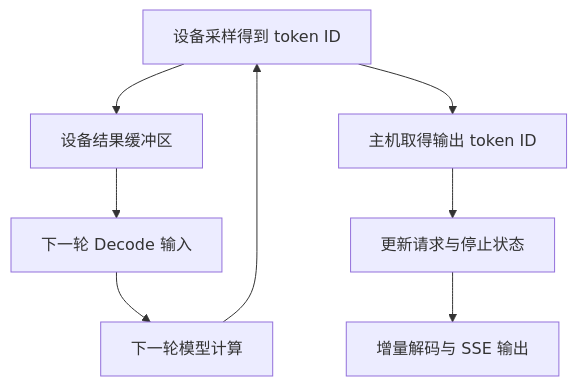
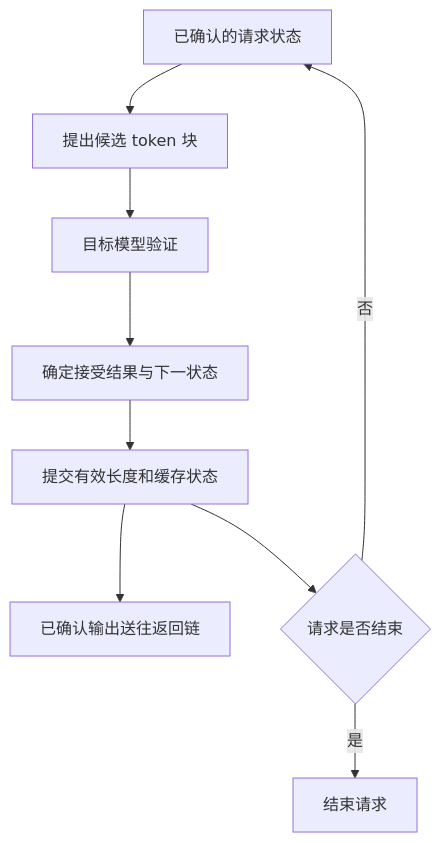
The ninth of 9 diagrams in docs/sglang/sglang-ascend-request-lifecycle.md (AkiYangDev/llm-inference-notes), drawn with Mermaid before and after one commit. The commit also changed other lines of this file and 10 other files, not shown here.

````diff
--- a/docs/sglang/sglang-ascend-request-lifecycle.md
+++ b/docs/sglang/sglang-ascend-request-lifecycle.md
@@ -326,10 +335,11 @@
 ```mermaid
 flowchart TD
-    S[设备采样得到 token ID] --> R[设备结果缓冲区]
-    R --> N[下一轮 Decode 输入]
-    S --> H[主机取得输出 token ID]
-    H --> U[更新请求与停止状态]
-    U --> D[增量解码与 SSE 输出]
-    N --> F[下一轮模型计算]
-    F --> S
+    S[已确认的请求状态] --> D[提出候选 token 块]
+    D --> V[目标模型验证]
+    V --> A[确定接受结果与下一状态]
+    A --> U[提交有效长度和缓存状态]
+    U --> O[已确认输出送往返回链]
+    U --> E{请求是否结束}
+    E -->|否| S
+    E -->|是| F[结束请求]
 ```
````
